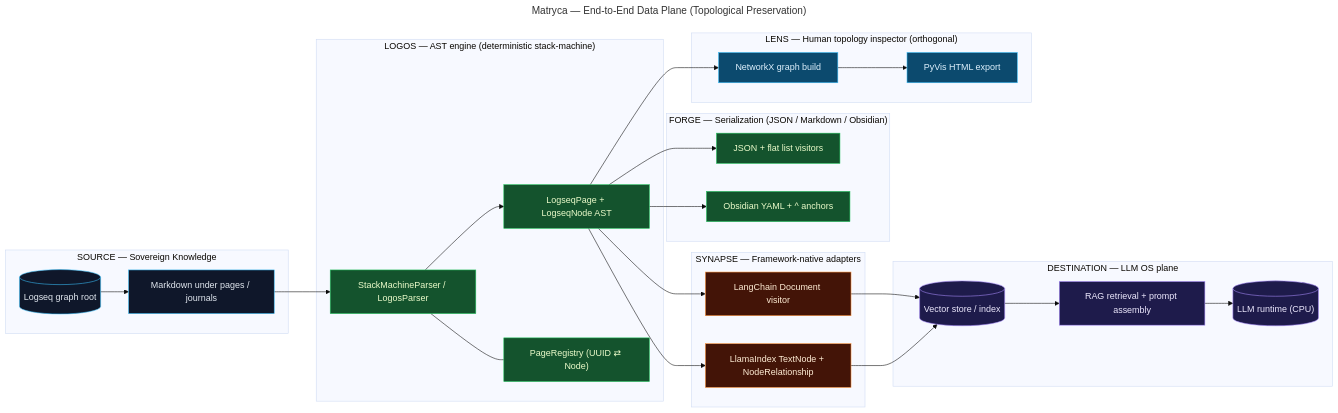
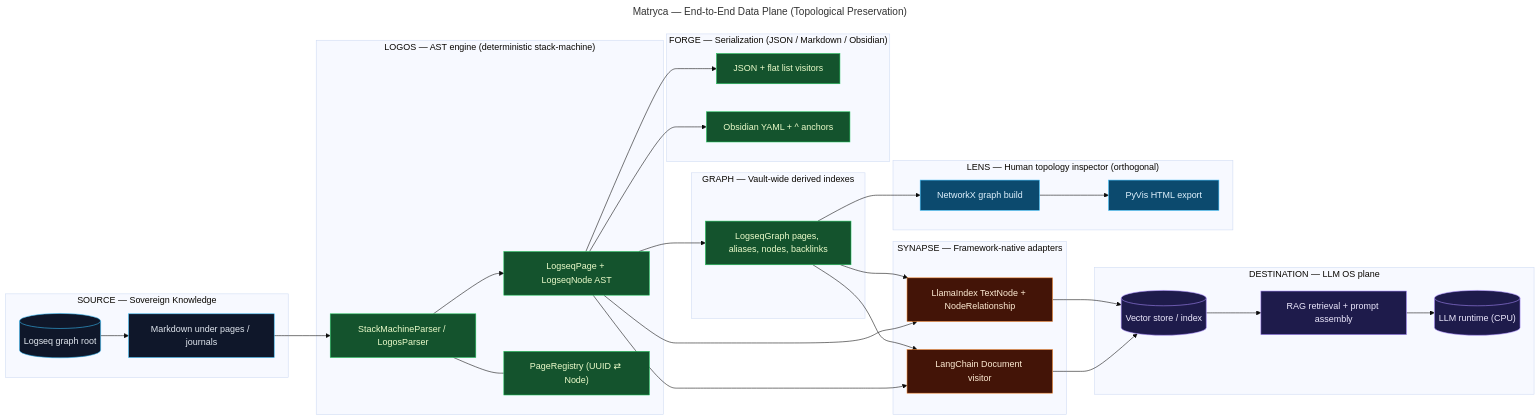
The fourth of 6 diagrams in docs/ARCHITECTURE.md (MarcoPorcellato/logseq-matryca-parser), drawn with Mermaid (base theme) before and after one commit. The commit also changed other lines of this file and 12 other files, not shown here.

Commit message:
fix: align graph paths and documentation

````diff
--- a/docs/ARCHITECTURE.md
+++ b/docs/ARCHITECTURE.md
@@ -142,55 +158,62 @@
 ```mermaid
 ---
 title: Matryca — End-to-End Data Plane (Topological Preservation)
 ---
 flowchart LR
   %% Styles
   classDef source fill:#0f172a,stroke:#38bdf8,color:#e2e8f0;
   classDef logos fill:#14532d,stroke:#22c55e,color:#ecfccb;
   classDef synapse fill:#431407,stroke:#fb923c,color:#ffedd5;
   classDef sink fill:#1e1b4b,stroke:#a78bfa,color:#ede9fe;
   classDef lens fill:#0c4a6e,stroke:#38bdf8,color:#e0f2fe;
 
   subgraph SRC["SOURCE — Sovereign Knowledge"]
     G[("Logseq graph root")]:::source
     MD["Markdown under pages / journals"]:::source
   end
 
   subgraph LOGOS["LOGOS — AST engine (deterministic stack-machine)"]
     P["StackMachineParser / LogosParser"]:::logos
     AST["LogseqPage + LogseqNode AST"]:::logos
     REG["PageRegistry (UUID ⇄ Node)"]:::logos
+  end
+
+  subgraph GRAPH["GRAPH — Vault-wide derived indexes"]
+    GI["LogseqGraph pages, aliases, nodes, backlinks"]:::logos
   end
 
   subgraph FORGE_SIDE["FORGE — Serialization (JSON / Markdown / Obsidian)"]
     FJ["JSON + flat list visitors"]:::logos
     FO["Obsidian YAML + ^ anchors"]:::logos
   end
 
   subgraph SYN["SYNAPSE — Framework-native adapters"]
     LC["LangChain Document visitor"]:::synapse
     LI["LlamaIndex TextNode + NodeRelationship"]:::synapse
   end
 
   subgraph OUT["DESTINATION — LLM OS plane"]
     VS[("Vector store / index")]:::sink
     RAG["RAG retrieval + prompt assembly"]:::sink
     LLM[("LLM runtime (CPU)")]:::sink
   end
 
   subgraph LENS_SIDE["LENS — Human topology inspector (orthogonal)"]
     NX["NetworkX graph build"]:::lens
     PV["PyVis HTML export"]:::lens
   end
 
   G --> MD --> P --> AST
   P --- REG
+  AST --> GI
   AST --> FJ
   AST --> FO
   AST --> LC
   AST --> LI
-  AST --> NX --> PV
+  GI --> LC
+  GI --> LI
+  GI --> NX --> PV
   LC --> VS
   LI --> VS
   VS --> RAG --> LLM
 ```
````
